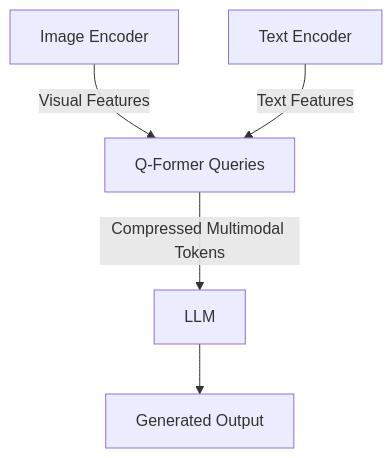
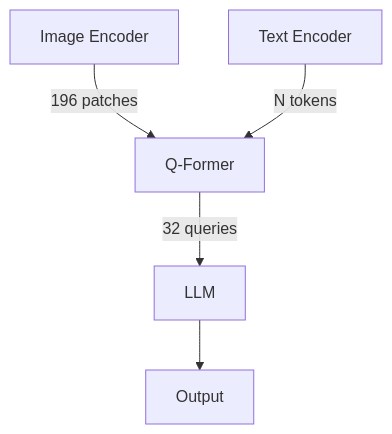
The seventh of 7 diagrams in content/blog/embedding.mdx (htang7415/Hao_Tang_Personal_website), drawn with Mermaid before and after one commit. The commit also changed other lines of this file and 2 other files, not shown here.

````diff
--- a/content/blog/embedding.mdx
+++ b/content/blog/embedding.mdx
@@ -383,7 +552,7 @@
 ```mermaid
 graph TD
-    A[Image Encoder] -->|Visual Features| B[Q-Former Queries]
-    C[Text Encoder] -->|Text Features| B
-    B -->|Compressed Multimodal Tokens| D[LLM]
-    D --> E[Generated Output]
+    A[Image Encoder] -->|196 patches| B[Q-Former]
+    C[Text Encoder] -->|N tokens| B
+    B -->|32 queries| D[LLM]
+    D --> E[Output]
 ```
````
